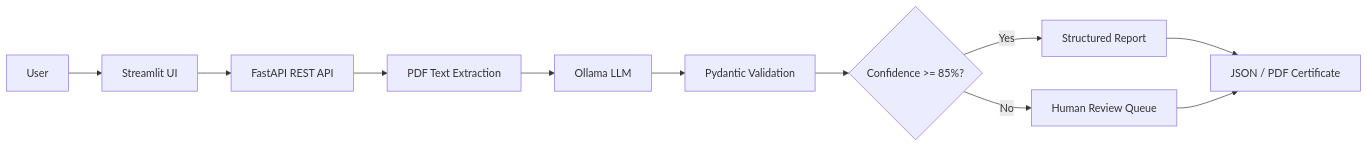
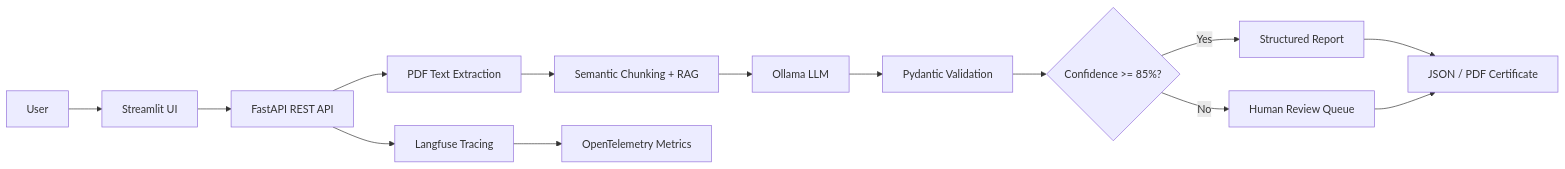
Before and after one commit to robizye0/Local-PDF-Document-Quality-Inspector-RAG-Agent: the diagram in README.md, drawn with Mermaid. The commit also changed other lines of this file and 17 other files, not shown here.

First line of the commit message:
feat: add RAG, Langfuse tracing, Postman collection, CI matrix, evals

````diff
--- a/README.md
+++ b/README.md
@@ -31,13 +31,16 @@
 ```mermaid
 graph LR
     A[User] --> B[Streamlit UI]
     B --> C[FastAPI REST API]
     C --> D[PDF Text Extraction]
-    D --> E[Ollama LLM]
-    E --> F[Pydantic Validation]
-    F --> G{Confidence >= 85%?}
-    G -->|Yes| H[Structured Report]
-    G -->|No| I[Human Review Queue]
-    H --> J[JSON / PDF Certificate]
-    I --> J
+    D --> E[Semantic Chunking + RAG]
+    E --> F[Ollama LLM]
+    F --> G[Pydantic Validation]
+    G --> H{Confidence >= 85%?}
+    H -->|Yes| I[Structured Report]
+    H -->|No| J[Human Review Queue]
+    I --> K[JSON / PDF Certificate]
+    J --> K
+    C --> L[Langfuse Tracing]
+    L --> M[OpenTelemetry Metrics]
 ```
````
